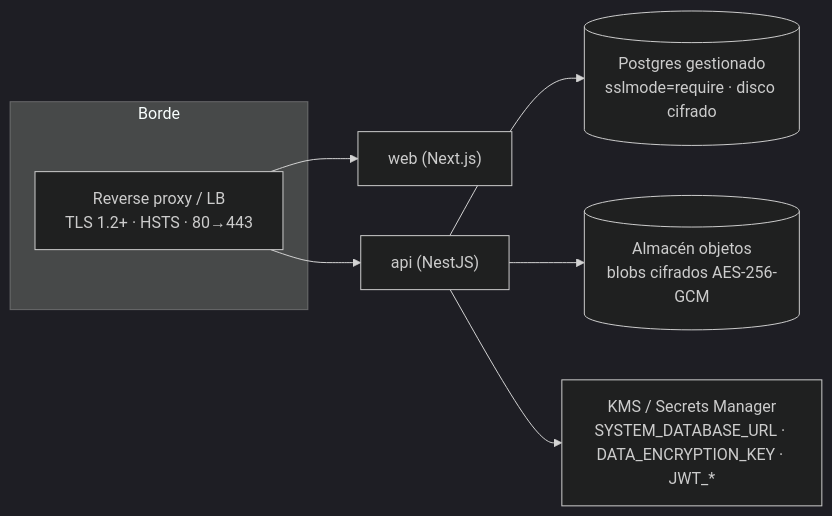
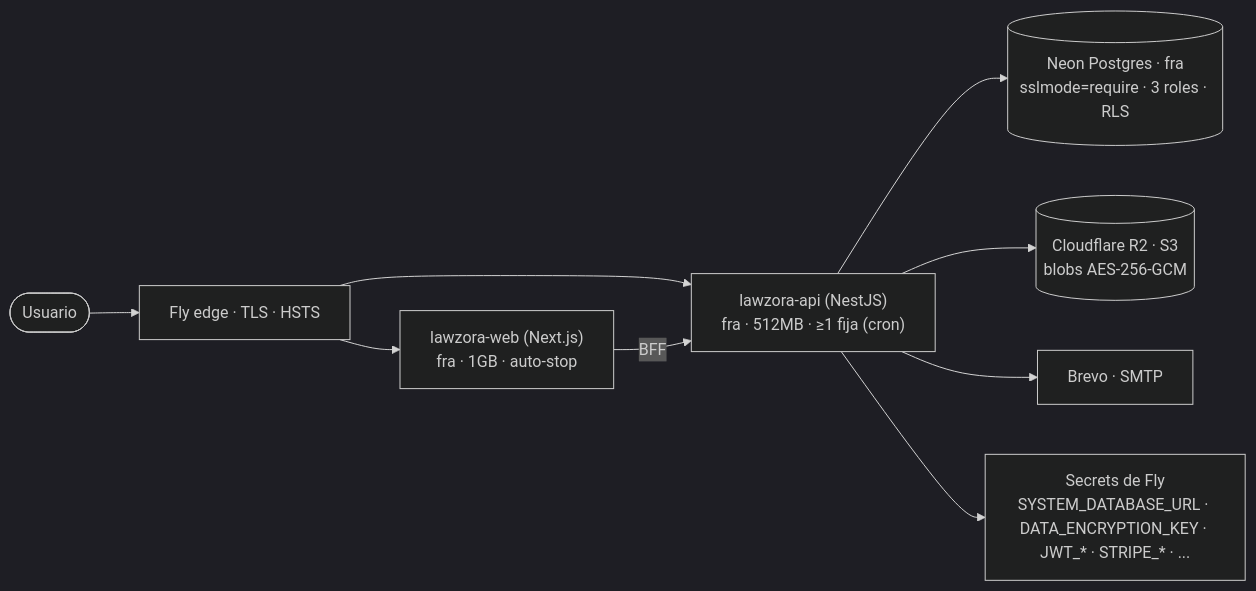
The second of 2 diagrams in docs/architecture/09-infrastructure-cicd.md (OswaldoVargas11/Prood007), drawn with Mermaid (dark theme) before and after one commit. The commit also changed other lines of this file and 6 other files, not shown here.

````diff
--- a/docs/architecture/09-infrastructure-cicd.md
+++ b/docs/architecture/09-infrastructure-cicd.md
@@ -74,11 +74,11 @@
 ```mermaid
 flowchart LR
-    subgraph edge["Borde"]
-        lb["Reverse proxy / LB<br/>TLS 1.2+ · HSTS · 80→443"]
-    end
-    lb --> webp["web (Next.js)"]
-    lb --> apip["api (NestJS)"]
-    apip --> pgp[("Postgres gestionado<br/>sslmode=require · disco cifrado")]
-    apip --> objp[("Almacén objetos<br/>blobs cifrados AES-256-GCM")]
-    apip --> kms["KMS / Secrets Manager<br/>SYSTEM_DATABASE_URL · DATA_ENCRYPTION_KEY · JWT_*"]
+    user(["Usuario"]) --> edge["Fly edge · TLS · HSTS"]
+    edge --> webp["lawzora-web (Next.js)<br/>fra · 1GB · auto-stop"]
+    edge --> apip["lawzora-api (NestJS)<br/>fra · 512MB · ≥1 fija (cron)"]
+    webp -->|BFF| apip
+    apip --> pgp[("Neon Postgres · fra<br/>sslmode=require · 3 roles · RLS")]
+    apip --> objp[("Cloudflare R2 · S3<br/>blobs AES-256-GCM")]
+    apip --> mail["Brevo · SMTP"]
+    apip --> sec["Secrets de Fly<br/>SYSTEM_DATABASE_URL · DATA_ENCRYPTION_KEY · JWT_* · STRIPE_* · ..."]
 ```
````
